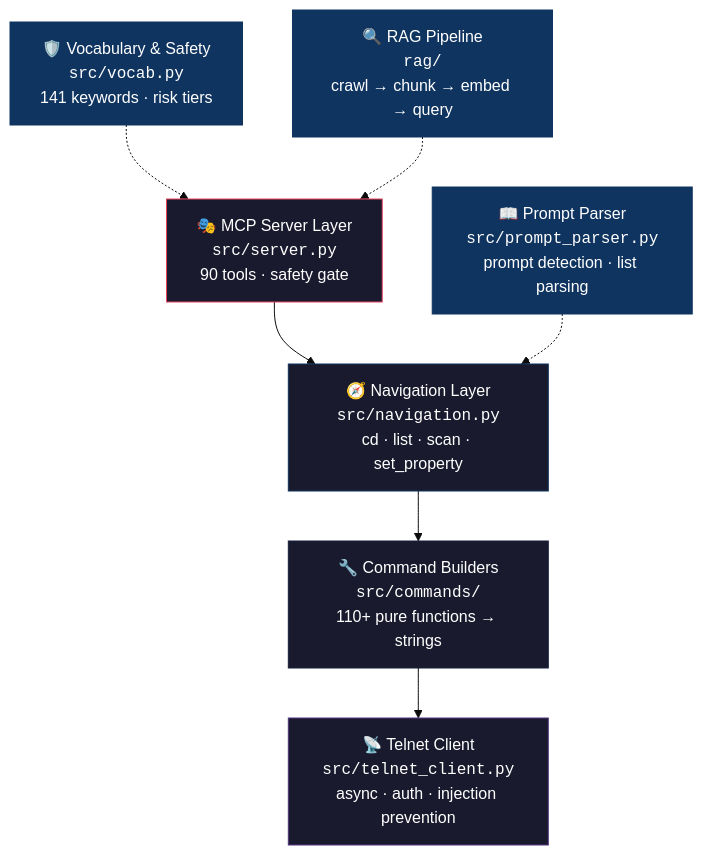
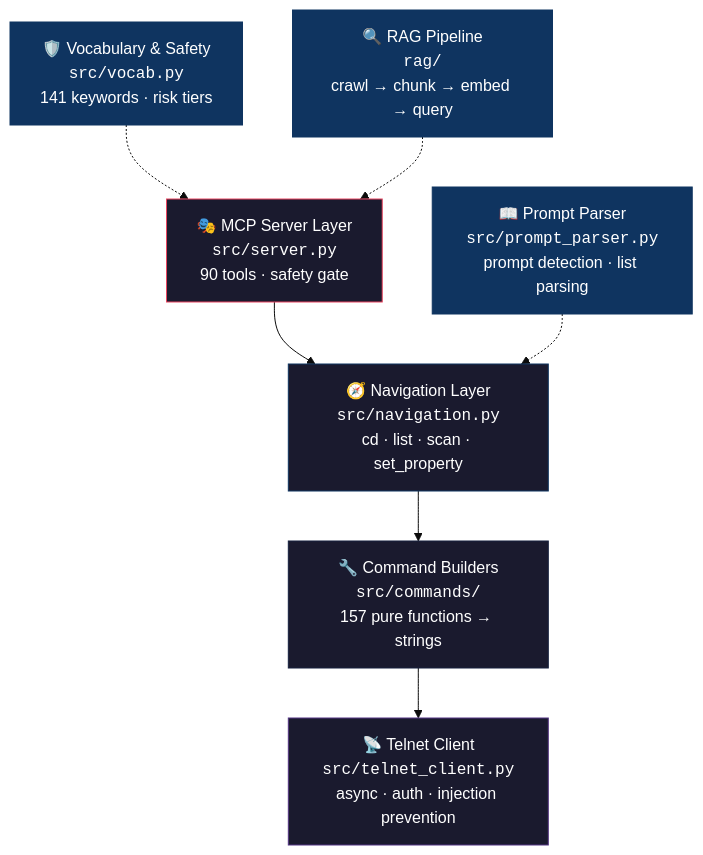
Before and after one commit to thisis-romar/ma2-onPC-MCP: the first of 3 diagrams in README.md, drawn with Mermaid (base theme). The commit also changed other lines of this file, not shown here.

````diff
--- a/README.md
+++ b/README.md
@@ -55,19 +55,19 @@
 ```mermaid
 graph TD
     A["🎭 MCP Server Layer<br/><code>src/server.py</code><br/>90 tools · safety gate"] --> B
     B["🧭 Navigation Layer<br/><code>src/navigation.py</code><br/>cd · list · scan · set_property"] --> C
-    C["🔧 Command Builders<br/><code>src/commands/</code><br/>110+ pure functions → strings"] --> D
+    C["🔧 Command Builders<br/><code>src/commands/</code><br/>157 pure functions → strings"] --> D
     D["📡 Telnet Client<br/><code>src/telnet_client.py</code><br/>async · auth · injection prevention"]
 
     E["📖 Prompt Parser<br/><code>src/prompt_parser.py</code><br/>prompt detection · list parsing"] -.-> B
     F["🛡️ Vocabulary & Safety<br/><code>src/vocab.py</code><br/>141 keywords · risk tiers"] -.-> A
     G["🔍 RAG Pipeline<br/><code>rag/</code><br/>crawl → chunk → embed → query"] -.-> A
 
     style A fill:#1a1a2e,stroke:#e94560,color:#fff
     style B fill:#1a1a2e,stroke:#0f3460,color:#fff
     style C fill:#1a1a2e,stroke:#16213e,color:#fff
     style D fill:#1a1a2e,stroke:#533483,color:#fff
     style E fill:#0f3460,stroke:#0f3460,color:#fff
     style F fill:#0f3460,stroke:#0f3460,color:#fff
     style G fill:#0f3460,stroke:#0f3460,color:#fff
 ```
````
